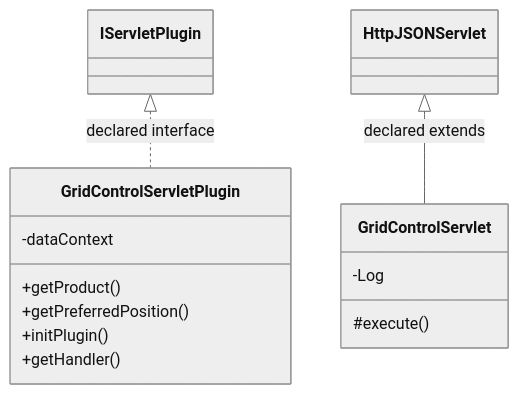
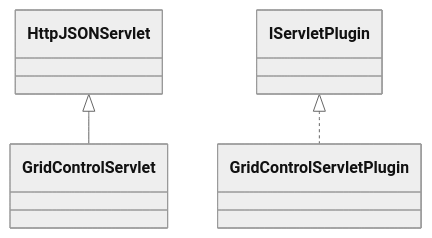
One commit to haruperi/HaruQuantAI changed the diagram in docs/sqx/GridControl/ServletGridControl.md. Above: the diagram before and after it, drawn with Mermaid (neutral theme). The commit also changed other lines of this file and 1688 other files, not shown here.

````diff
--- a/docs/sqx/GridControl/ServletGridControl.md
+++ b/docs/sqx/GridControl/ServletGridControl.md
@@ -30,18 +26,9 @@
 ```mermaid
 classDiagram
-    class C2b3e043aa75d["GridControlServlet"] {
-        -Log
-        #execute()
-    }
-    class C91dc64cf67c3["GridControlServletPlugin"] {
-        -dataContext
-        +getProduct()
-        +getPreferredPosition()
-        +initPlugin()
-        +getHandler()
-    }
-    class C249b5c671b1a["IServletPlugin"]
-    class C8900f90ae594["HttpJSONServlet"]
-    C8900f90ae594 <|-- C2b3e043aa75d : declared extends
-    C249b5c671b1a <|.. C91dc64cf67c3 : declared interface
+    class C0["GridControlServlet"]
+    class C1["GridControlServletPlugin"]
+    class E0["HttpJSONServlet"]
+    E0 <|-- C0
+    class E1["IServletPlugin"]
+    E1 <|.. C1
 ```
````
